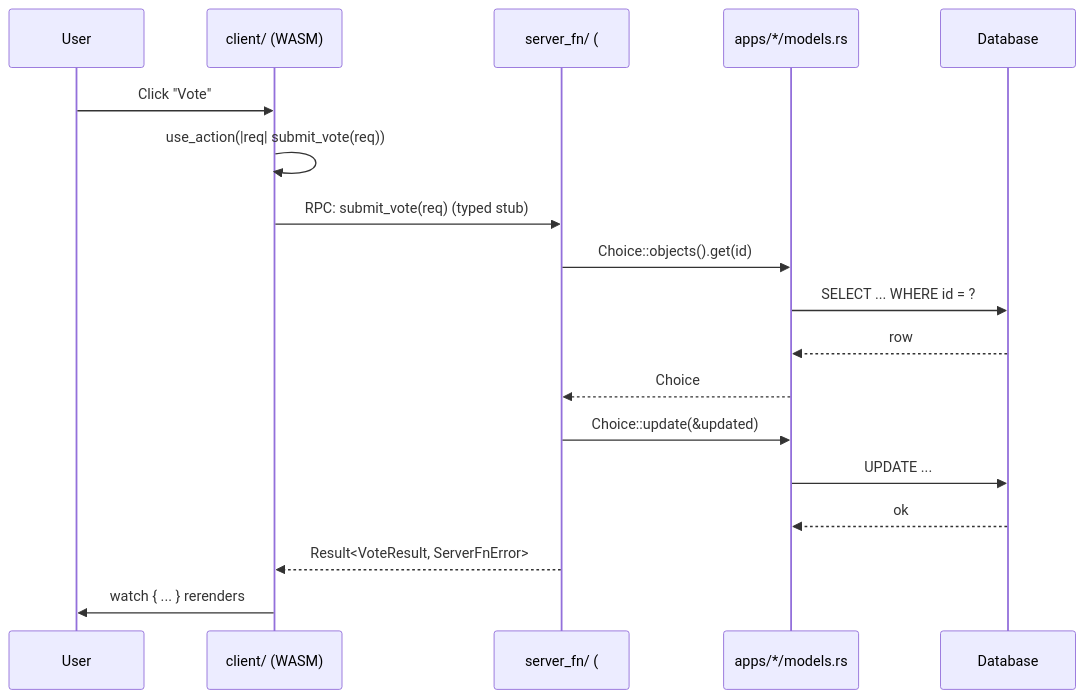
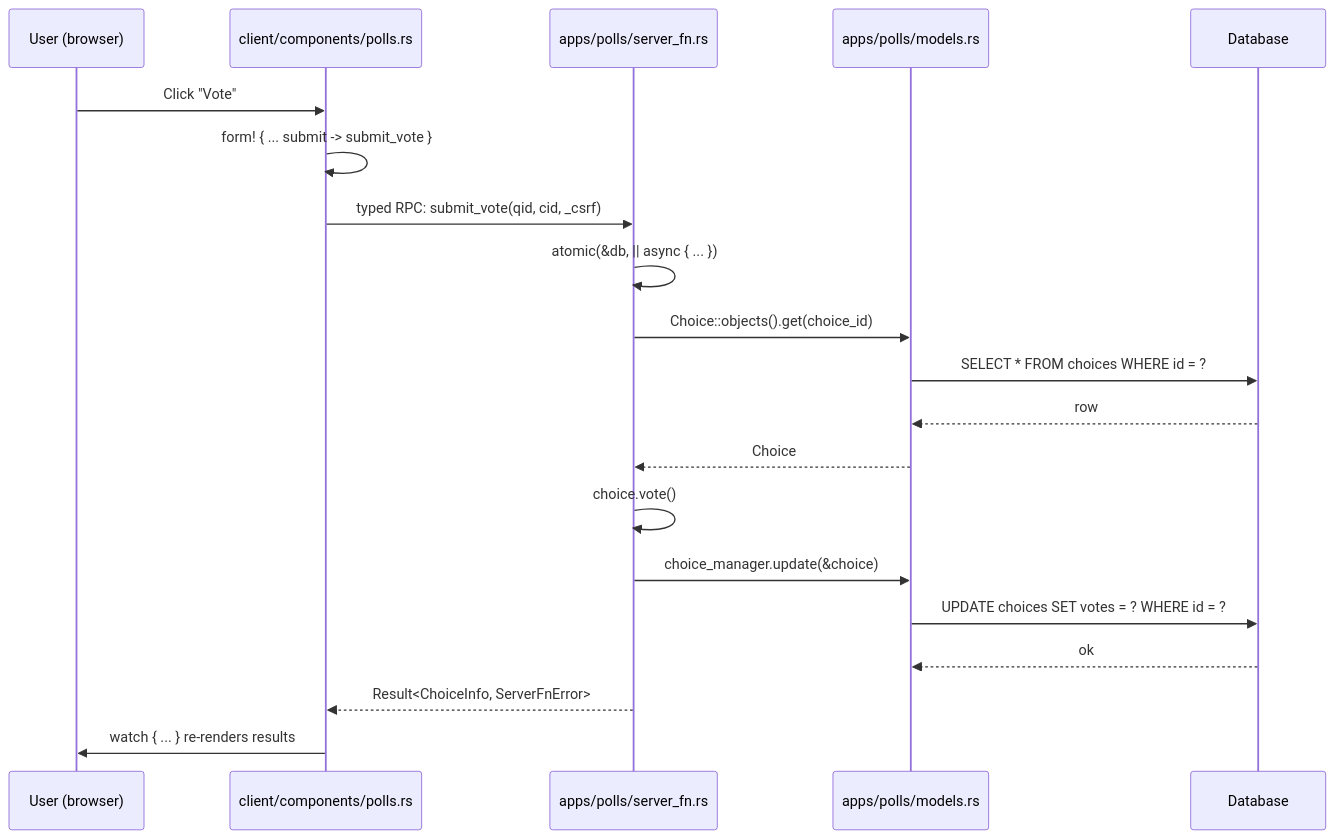
Before and after one commit to kent8192/reinhardt-web: the first of 2 diagrams in website/content/quickstart/tutorials/basis/3-views-and-urls.md, drawn with Mermaid. The commit also changed other lines of this file, not shown here.

First line of the commit message:
docs(basis): rewrite part 3 (views and server_fn) for per-app layout

````diff
--- a/website/content/quickstart/tutorials/basis/3-views-and-urls.md
+++ b/website/content/quickstart/tutorials/basis/3-views-and-urls.md
@@ -32,21 +127,23 @@
 ```mermaid
 sequenceDiagram
-    participant U as User
-    participant C as client/ (WASM)
-    participant S as server_fn/ (#[server_fn])
-    participant M as apps/*/models.rs
+    participant U as User (browser)
+    participant C as client/components/polls.rs
+    participant S as apps/polls/server_fn.rs
+    participant M as apps/polls/models.rs
     participant DB as Database
 
     U->>C: Click "Vote"
-    C->>C: use_action(|req| submit_vote(req))
-    C->>S: RPC: submit_vote(req)     (typed stub)
-    S->>M: Choice::objects().get(id)
-    M->>DB: SELECT ... WHERE id = ?
+    C->>C: form! { ... submit -> submit_vote }
+    C->>S: typed RPC: submit_vote(qid, cid, _csrf)
+    S->>S: atomic(&db, || async { ... })
+    S->>M: Choice::objects().get(choice_id)
+    M->>DB: SELECT * FROM choices WHERE id = ?
     DB-->>M: row
     M-->>S: Choice
-    S->>M: Choice::update(&updated)
-    M->>DB: UPDATE ...
+    S->>S: choice.vote();
+    S->>M: choice_manager.update(&choice)
+    M->>DB: UPDATE choices SET votes = ? WHERE id = ?
     DB-->>M: ok
-    S-->>C: Result<VoteResult, ServerFnError>
-    C->>U: watch { ... } rerenders
+    S-->>C: Result<ChoiceInfo, ServerFnError>
+    C->>U: watch { ... } re-renders results
 ```
````
